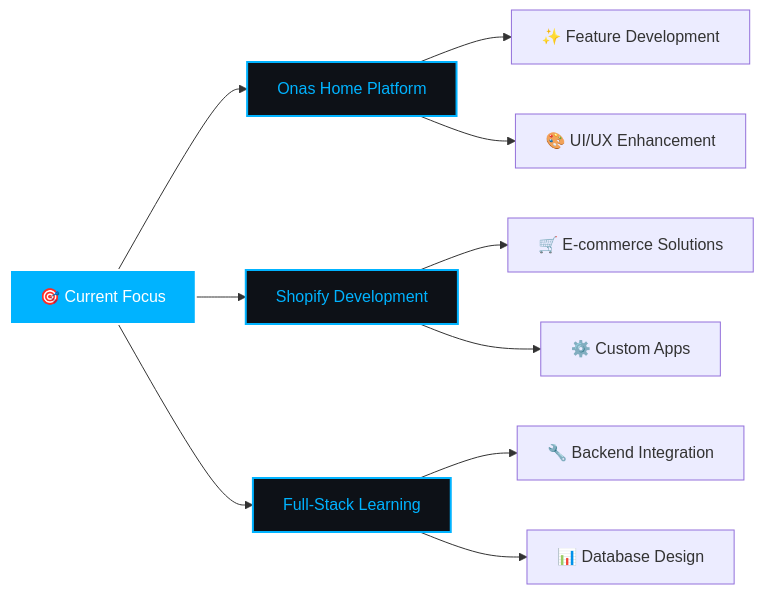
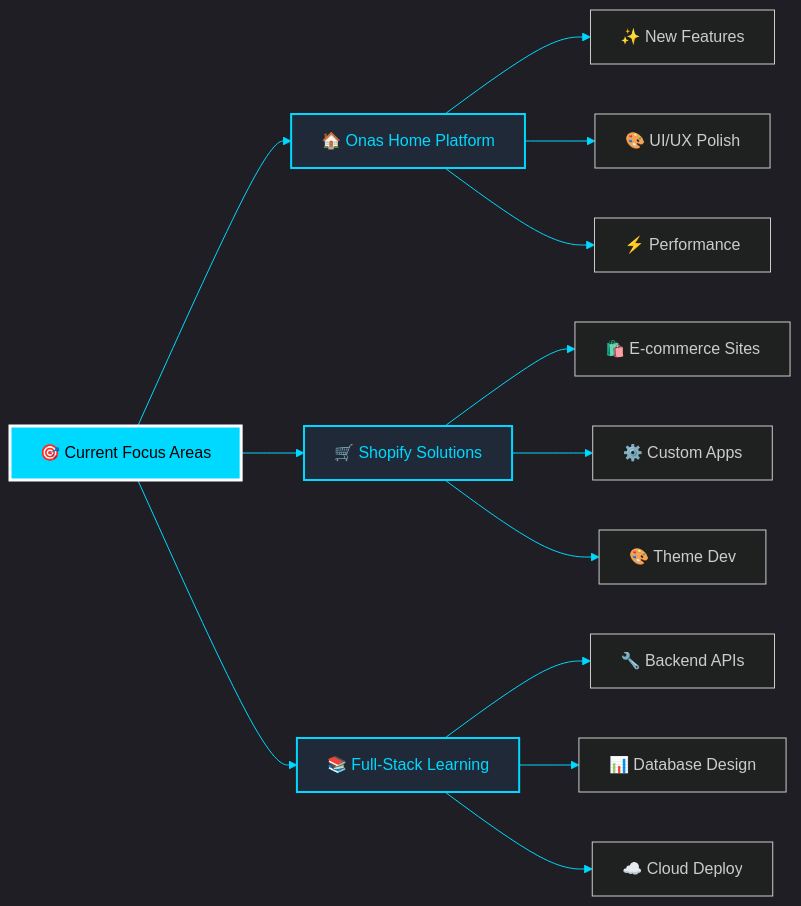
One commit to sohaibjoma/sohaibjoma changed the diagram in README.md. Above: the diagram before and after it, drawn with Mermaid. The commit also changed other lines of this file, not shown here.

````diff
--- a/README.md
+++ b/README.md
@@ -190,17 +326,25 @@
 ```mermaid
+%%{init: {'theme':'dark', 'themeVariables': { 'primaryColor':'#0d1117', 'primaryTextColor':'#00d9ff', 'primaryBorderColor':'#00d9ff', 'lineColor':'#00d9ff', 'secondaryColor':'#161b22', 'tertiaryColor':'#1f2937', 'fontSize':'16px'}}}%%
+
 graph LR
-    A[🎯 Current Focus] --> B[Onas Home Platform]
-    A --> C[Shopify Development]
-    A --> D[Full-Stack Learning]
-    B --> E[✨ Feature Development]
-    B --> H[🎨 UI/UX Enhancement]
-    C --> F[🛒 E-commerce Solutions]
-    C --> I[⚙️ Custom Apps]
-    D --> G[🔧 Backend Integration]
-    D --> J[📊 Database Design]
+    A["🎯 Current Focus Areas"] --> B["🏠 Onas Home Platform"]
+    A --> C["🛒 Shopify Solutions"]
+    A --> D["📚 Full-Stack Learning"]
     
-    style A fill:#00b3ff,stroke:#fff,stroke-width:2px,color:#fff
-    style B fill:#0d1117,stroke:#00b3ff,stroke-width:2px,color:#00b3ff
-    style C fill:#0d1117,stroke:#00b3ff,stroke-width:2px,color:#00b3ff
-    style D fill:#0d1117,stroke:#00b3ff,stroke-width:2px,color:#00b3ff
+    B --> E["✨ New Features"]
+    B --> F["🎨 UI/UX Polish"]
+    B --> G["⚡ Performance"]
+    
+    C --> H["🛍️ E-commerce Sites"]
+    C --> I["⚙️ Custom Apps"]
+    C --> J["🎨 Theme Dev"]
+    
+    D --> K["🔧 Backend APIs"]
+    D --> L["📊 Database Design"]
+    D --> M["☁️ Cloud Deploy"]
+    
+    style A fill:#00d9ff,stroke:#fff,stroke-width:3px,color:#000
+    style B fill:#1f2937,stroke:#00d9ff,stroke-width:2px,color:#00d9ff
+    style C fill:#1f2937,stroke:#00d9ff,stroke-width:2px,color:#00d9ff
+    style D fill:#1f2937,stroke:#00d9ff,stroke-width:2px,color:#00d9ff
 ```
````
